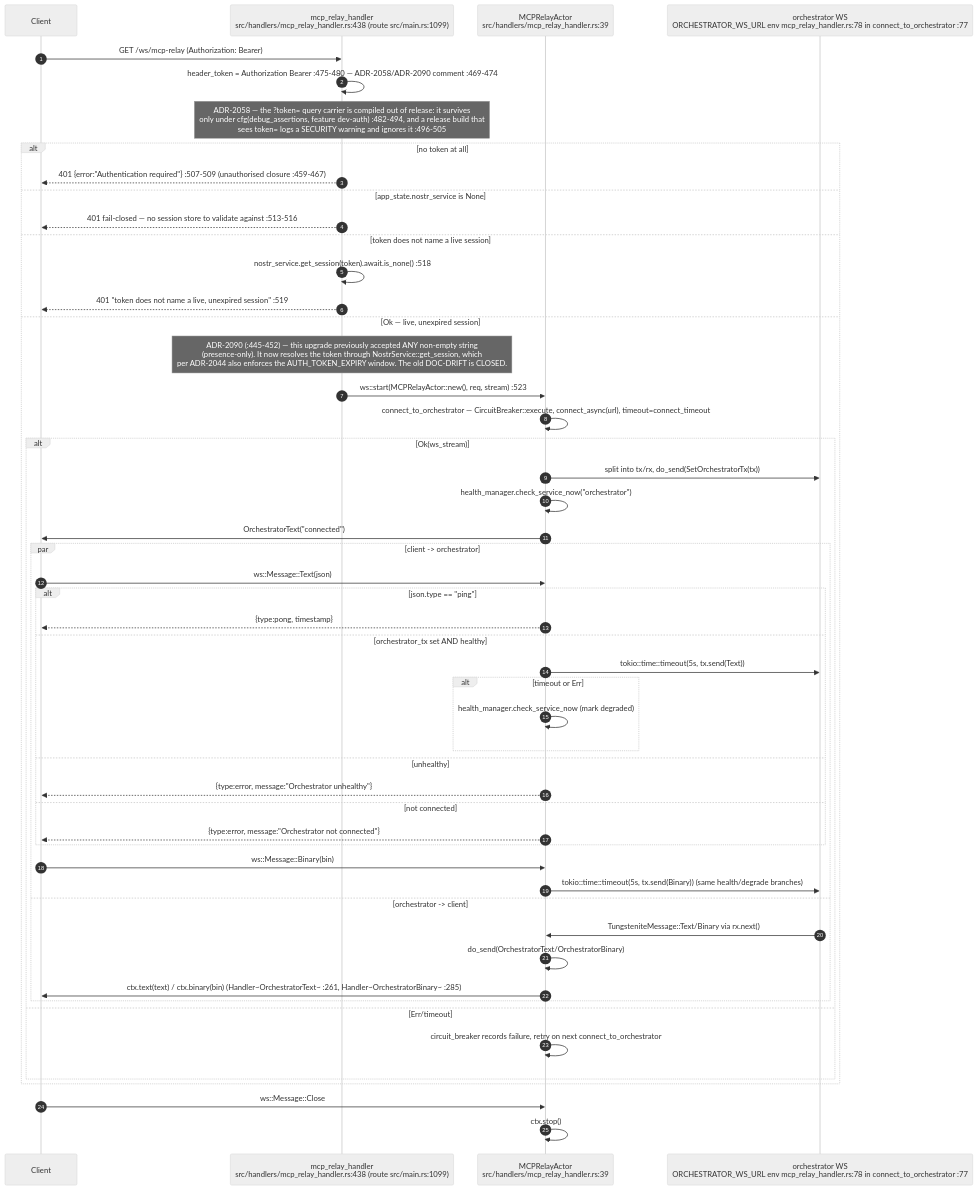
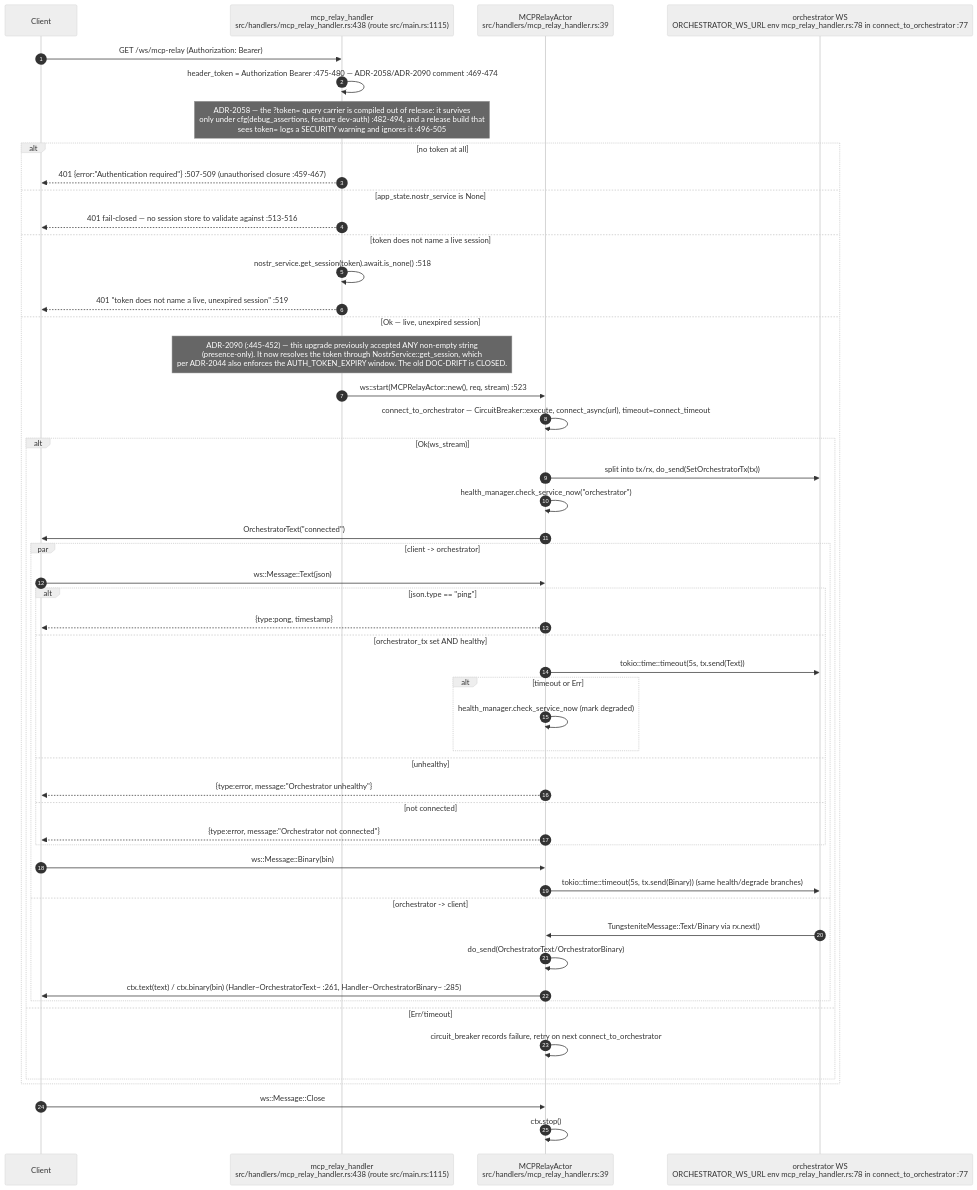
The tenth of 15 diagrams in docs/diagrams/visionclaw/05-handlers-governance-and-identity.md (DreamLab-AI/VisionFlow), drawn with Mermaid (neutral theme) before and after one commit. The commit also changed other lines of this file and 160 other files, not shown here.

````diff
--- a/docs/diagrams/visionclaw/05-handlers-governance-and-identity.md
+++ b/docs/diagrams/visionclaw/05-handlers-governance-and-identity.md
@@ -538,54 +544,54 @@
 ```mermaid
 sequenceDiagram
     autonumber
     participant C as Client
-    participant H as mcp_relay_handler<br/>src/handlers/mcp_relay_handler.rs:438 (route src/main.rs:1099)
+    participant H as mcp_relay_handler<br/>src/handlers/mcp_relay_handler.rs:438 (route src/main.rs:1115)
     participant A as MCPRelayActor<br/>src/handlers/mcp_relay_handler.rs:39
     participant O as orchestrator WS<br/>ORCHESTRATOR_WS_URL env mcp_relay_handler.rs:78 in connect_to_orchestrator :77
 
     C->>H: GET /ws/mcp-relay (Authorization: Bearer)
     H->>H: header_token = Authorization Bearer :475-480 — ADR-2058/ADR-2090 comment :469-474
     Note over H: ADR-2058 — the ?token= query carrier is compiled out of release: it survives<br/>only under cfg(debug_assertions, feature dev-auth) :482-494, and a release build that<br/>sees token= logs a SECURITY warning and ignores it :496-505
     alt no token at all
         H-->>C: 401 {error:"Authentication required"} :507-509 (unauthorised closure :459-467)
     else app_state.nostr_service is None
         H-->>C: 401 fail-closed — no session store to validate against :513-516
     else token does not name a live session
         H->>H: nostr_service.get_session(token).await.is_none() :518
         H-->>C: 401 "token does not name a live, unexpired session" :519
     else Ok — live, unexpired session
         Note over H: ADR-2090 (:445-452) — this upgrade previously accepted ANY non-empty string<br/>(presence-only). It now resolves the token through NostrService::get_session, which<br/>per ADR-2044 also enforces the AUTH_TOKEN_EXPIRY window. The old DOC-DRIFT is CLOSED.
         H->>A: ws::start(MCPRelayActor::new(), req, stream) :523
         A->>A: connect_to_orchestrator — CircuitBreaker::execute, connect_async(url), timeout=connect_timeout
         alt Ok(ws_stream)
             A->>O: split into tx/rx, do_send(SetOrchestratorTx(tx))
             A->>A: health_manager.check_service_now("orchestrator")
             A->>C: OrchestratorText("connected")
             par client -> orchestrator
                 C->>A: ws::Message::Text(json)
                 alt json.type == "ping"
                     A-->>C: {type:pong, timestamp}
                 else orchestrator_tx set AND healthy
                     A->>O: tokio::time::timeout(5s, tx.send(Text))
                     alt timeout or Err
                         A->>A: health_manager.check_service_now (mark degraded)
                     end
                 else unhealthy
                     A-->>C: {type:error, message:"Orchestrator unhealthy"}
                 else not connected
                     A-->>C: {type:error, message:"Orchestrator not connected"}
                 end
                 C->>A: ws::Message::Binary(bin)
                 A->>O: tokio::time::timeout(5s, tx.send(Binary)) (same health/degrade branches)
             and orchestrator -> client
                 O->>A: TungsteniteMessage::Text/Binary via rx.next()
                 A->>A: do_send(OrchestratorText/OrchestratorBinary)
                 A->>C: ctx.text(text) / ctx.binary(bin) (Handler~OrchestratorText~ :261, Handler~OrchestratorBinary~ :285)
             end
         else Err/timeout
             A->>A: circuit_breaker records failure, retry on next connect_to_orchestrator
         end
     end
     C->>A: ws::Message::Close
     A->>A: ctx.stop()
 ```
````
